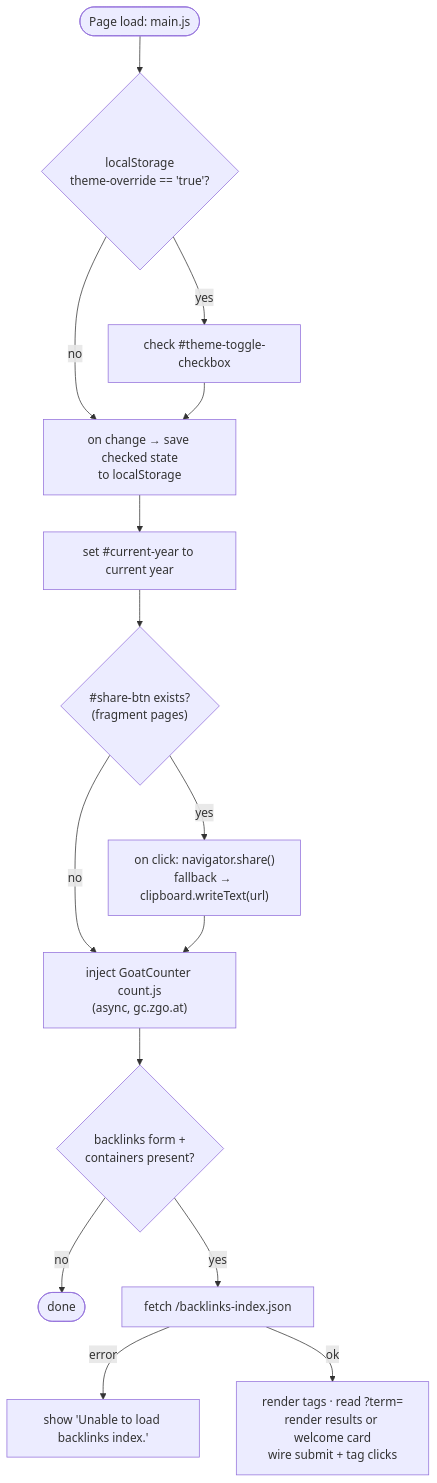
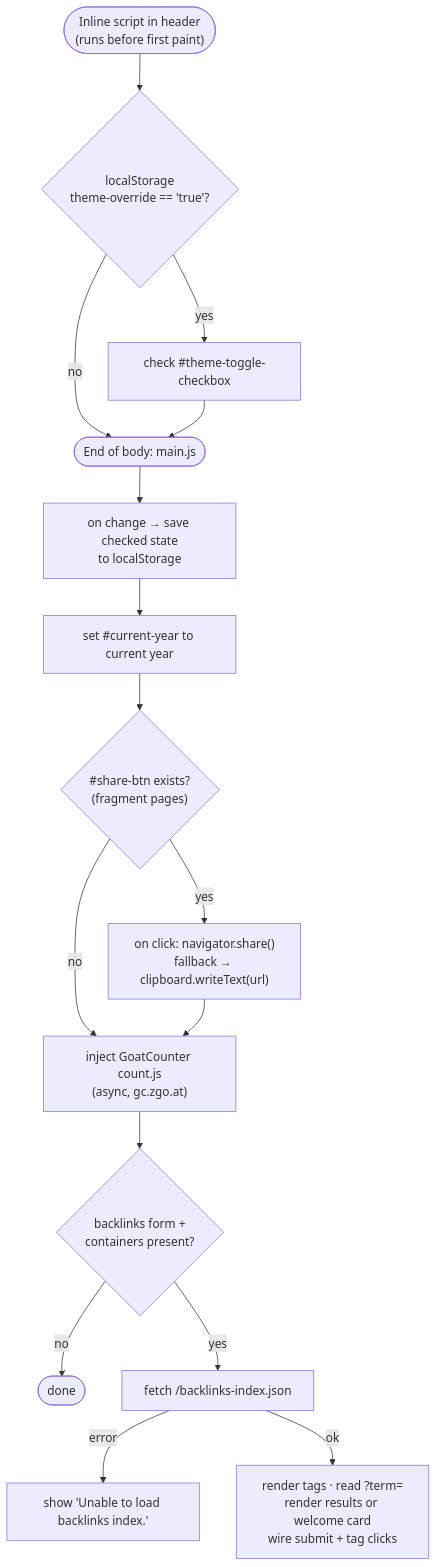
One commit to raoul-g/raoulyy-blog changed the seventh of 9 diagrams in ARCHITECTURE.md. Above: the diagram before and after it, drawn with Mermaid. The commit also changed other lines of this file and 2 other files, not shown here.

Commit message:
restore saved theme before first paint
main.js runs at the end of <body>, so returning visitors with the theme
override briefly saw their OS theme first. The checkbox is now restored
by a small inline script right after it in base.njk.

````diff
--- a/ARCHITECTURE.md
+++ b/ARCHITECTURE.md
@@ -246,17 +246,18 @@
 ```mermaid
 flowchart TD
-    LOAD(["Page load: main.js"]) --> T1
+    INLINE(["Inline script in header<br/>(runs before first paint)"]) --> T1
     T1{"localStorage<br/>theme-override == 'true'?"} -- yes --> T2["check #theme-toggle-checkbox"]
-    T1 -- no --> T3
-    T2 --> T3["on change → save checked state<br/>to localStorage"]
+    T1 -- no --> LOAD
+    T2 --> LOAD
+    LOAD(["End of body: main.js"]) --> T3["on change → save checked state<br/>to localStorage"]
     T3 --> Y["set #current-year to current year"]
     Y --> S{"#share-btn exists?<br/>(fragment pages)"}
     S -- yes --> S2["on click: navigator.share()<br/>fallback → clipboard.writeText(url)"]
     S -- no --> G
     S2 --> G["inject GoatCounter count.js<br/>(async, gc.zgo.at)"]
     G --> B{"backlinks form +<br/>containers present?"}
     B -- no --> END(["done"])
     B -- yes --> F["fetch /backlinks-index.json"]
     F -- error --> ERR["show 'Unable to load backlinks index.'"]
     F -- ok --> R["render tags · read ?term=<br/>render results or welcome card<br/>wire submit + tag clicks"]
 ```
````
